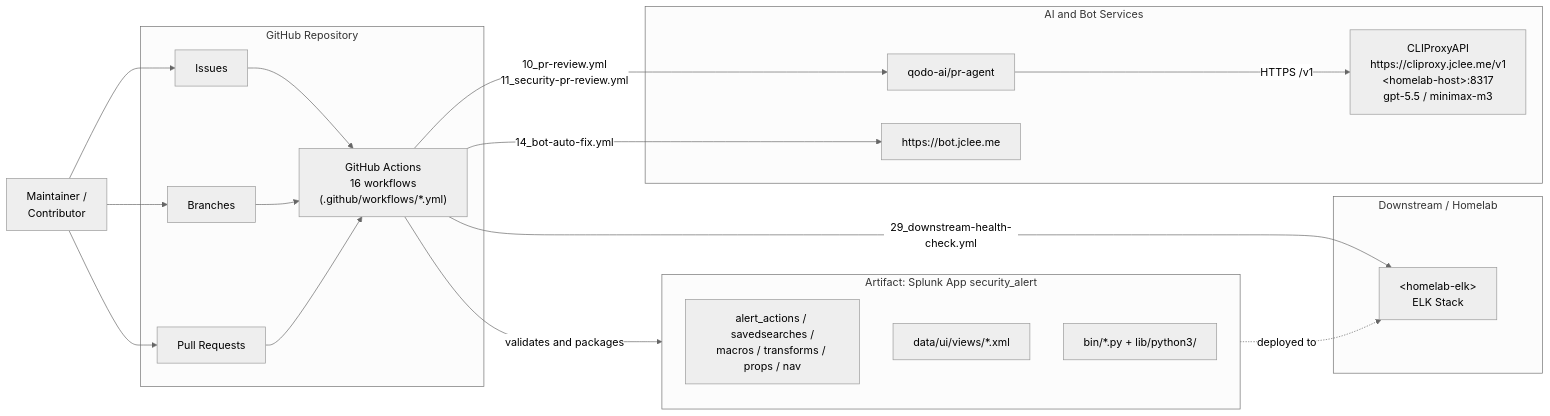
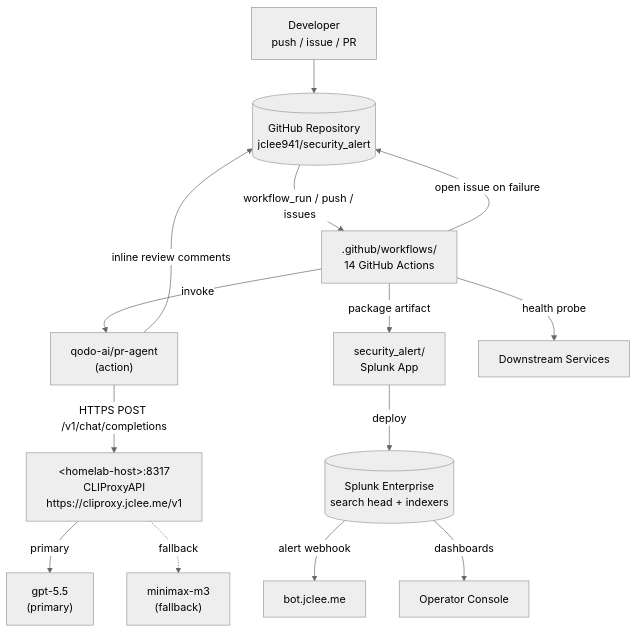
One commit to jclee941/splunk changed the diagram in README.md. Above: the diagram before and after it, drawn with Mermaid (neutral theme). The commit also changed other lines of this file, not shown here.

Commit message:
docs: auto-update README.md

````diff
--- a/README.md
+++ b/README.md
@@ -96,40 +89,16 @@
 ```mermaid
-flowchart LR
-    Dev["Maintainer /<br/>Contributor"]
-
-    subgraph REPO["GitHub Repository"]
-        IS["Issues"]
-        BR["Branches"]
-        PR["Pull Requests"]
-        WF["GitHub Actions<br/>16 workflows<br/>(.github/workflows/*.yml)"]
-    end
-
-    subgraph AI["AI and Bot Services"]
-        PRA["qodo-ai/pr-agent"]
-        CPX["CLIProxyAPI<br/>https://cliproxy.jclee.me/v1<br/>&lt;homelab-host&gt;:8317<br/>gpt-5.5 / minimax-m3"]
-        BOT["https://bot.jclee.me"]
-    end
-
-    subgraph ART["Artifact: Splunk App security_alert"]
-        CONF["alert_actions / savedsearches /<br/>macros / transforms / props / nav"]
-        DASH["data/ui/views/*.xml"]
-        PYR["bin/*.py + lib/python3/"]
-    end
-
-    subgraph DOWN["Downstream / Homelab"]
-        ELK["&lt;homelab-elk&gt;<br/>ELK Stack"]
-    end
-
-    Dev --> IS
-    Dev --> BR
-    Dev --> PR
-    IS --> WF
-    BR --> WF
-    PR --> WF
-    WF -->|10_pr-review.yml<br/>11_security-pr-review.yml| PRA
-    PRA -->|HTTPS /v1| CPX
-    WF -->|14_bot-auto-fix.yml| BOT
-    WF -->|validates and packages| ART
-    ART -.->|deployed to| ELK
-    WF -->|29_downstream-health-check.yml| ELK
+flowchart TB
+    Dev[Developer<br/>push / issue / PR] --> Repo[(GitHub Repository<br/>jclee941/security_alert)]
+    Repo -->|workflow_run / push / issues| CI[".github/workflows/<br/>14 GitHub Actions"]
+    CI -->|invoke| PR["qodo-ai/pr-agent<br/>(action)"]
+    PR -->|HTTPS POST /v1/chat/completions| Proxy["&lt;homelab-host&gt;:8317<br/>CLIProxyAPI<br/>https://cliproxy.jclee.me/v1"]
+    Proxy -->|primary| LLM1["gpt-5.5<br/>(primary)"]
+    Proxy -.->|fallback| LLM2["minimax-m3<br/>(fallback)"]
+    PR -->|inline review comments| Repo
+    CI -->|package artifact| App["security_alert/<br/>Splunk App"]
+    App -->|deploy| Splunk[(Splunk Enterprise<br/>search head + indexers)]
+    Splunk -->|alert webhook| Bot[bot.jclee.me]
+    Splunk -->|dashboards| Op[Operator Console]
+    CI -->|open issue on failure| Repo
+    CI -->|health probe| Down[Downstream Services]
 ```
````
